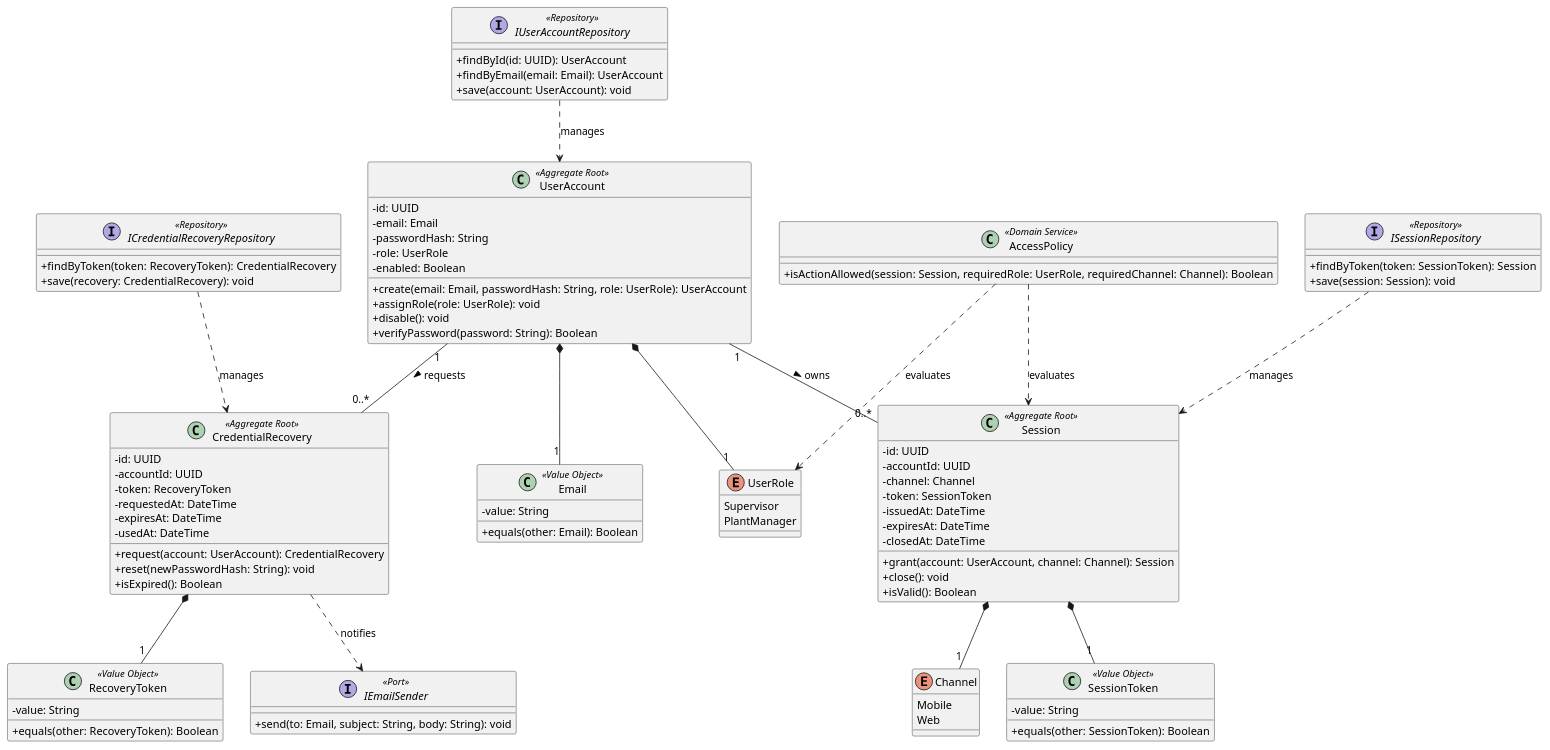
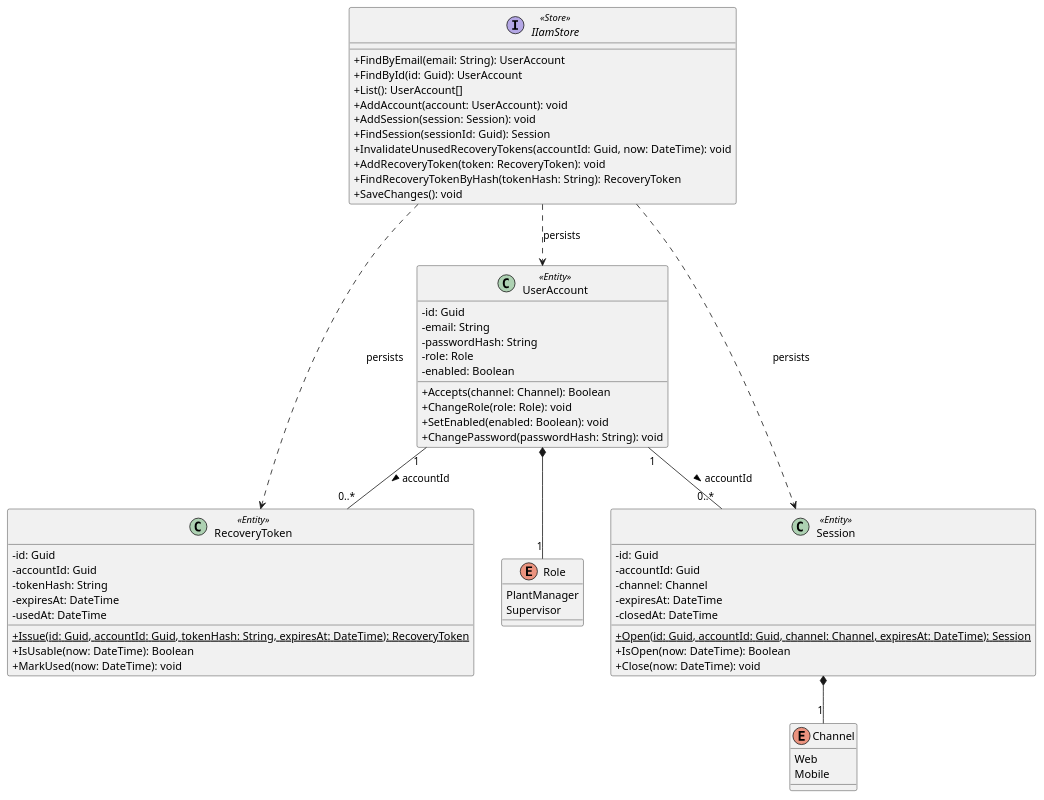
Before and after one commit to Macallys/Report: the diagram in docs/diagrams/bounded-contexts/bc-04-identity-domain.puml, drawn with PlantUML. The commit also changed 3 other files, not shown here.

Commit message:
chore: update diagrams

```diff
--- a/docs/diagrams/bounded-contexts/bc-04-identity-domain.puml
+++ b/docs/diagrams/bounded-contexts/bc-04-identity-domain.puml
@@ -1,110 +1,73 @@
 @startuml bc-04-identity-domain
-' Bounded Context Domain Layer Class Diagram — Identity & Access (§ 4.2.4.6.1)
-' Fuente: BCC-04 (.cursor/design/bounded-context-canvas/04-identity-access.md), paso 9 ES (A-01, A-02, A-03).
-' No IdP externo (DEC-005); persistencia PostgreSQL (DEC-008).
+' Domain class diagram — Identity & Access, as implemented in IAM.Domain.
+' Email is a string. The session does not store the access token. Recovery keeps a token hash.
 
 skinparam classAttributeIconSize 0
 
-enum UserRole {
+enum Role {
+  PlantManager
   Supervisor
-  PlantManager
 }
 
 enum Channel {
+  Web
   Mobile
-  Web
 }
 
-class Email <<Value Object>> {
-  -value: String
-  +equals(other: Email): Boolean
+class UserAccount <<Entity>> {
+  -id: Guid
+  -email: String
+  -passwordHash: String
+  -role: Role
+  -enabled: Boolean
+  +Accepts(channel: Channel): Boolean
+  +ChangeRole(role: Role): void
+  +SetEnabled(enabled: Boolean): void
+  +ChangePassword(passwordHash: String): void
 }
 
-class SessionToken <<Value Object>> {
-  -value: String
-  +equals(other: SessionToken): Boolean
+class Session <<Entity>> {
+  -id: Guid
+  -accountId: Guid
+  -channel: Channel
+  -expiresAt: DateTime
+  -closedAt: DateTime
+  +{static} Open(id: Guid, accountId: Guid, channel: Channel, expiresAt: DateTime): Session
+  +IsOpen(now: DateTime): Boolean
+  +Close(now: DateTime): void
 }
 
-class RecoveryToken <<Value Object>> {
-  -value: String
-  +equals(other: RecoveryToken): Boolean
+class RecoveryToken <<Entity>> {
+  -id: Guid
+  -accountId: Guid
+  -tokenHash: String
+  -expiresAt: DateTime
+  -usedAt: DateTime
+  +{static} Issue(id: Guid, accountId: Guid, tokenHash: String, expiresAt: DateTime): RecoveryToken
+  +IsUsable(now: DateTime): Boolean
+  +MarkUsed(now: DateTime): void
 }
 
-class UserAccount <<Aggregate Root>> {
-  -id: UUID
-  -email: Email
-  -passwordHash: String
-  -role: UserRole
-  -enabled: Boolean
-  +create(email: Email, passwordHash: String, role: UserRole): UserAccount
-  +assignRole(role: UserRole): void
-  +disable(): void
-  +verifyPassword(password: String): Boolean
+interface IIamStore <<Store>> {
+  +FindByEmail(email: String): UserAccount
+  +FindById(id: Guid): UserAccount
+  +List(): UserAccount[]
+  +AddAccount(account: UserAccount): void
+  +AddSession(session: Session): void
+  +FindSession(sessionId: Guid): Session
+  +InvalidateUnusedRecoveryTokens(accountId: Guid, now: DateTime): void
+  +AddRecoveryToken(token: RecoveryToken): void
+  +FindRecoveryTokenByHash(tokenHash: String): RecoveryToken
+  +SaveChanges(): void
 }
 
-class Session <<Aggregate Root>> {
-  -id: UUID
-  -accountId: UUID
-  -channel: Channel
-  -token: SessionToken
-  -issuedAt: DateTime
-  -expiresAt: DateTime
-  -closedAt: DateTime
-  +grant(account: UserAccount, channel: Channel): Session
-  +close(): void
-  +isValid(): Boolean
-}
+UserAccount "1" -- "0..*" Session : accountId >
+UserAccount "1" -- "0..*" RecoveryToken : accountId >
+UserAccount *-- "1" Role
+Session *-- "1" Channel
 
-class CredentialRecovery <<Aggregate Root>> {
-  -id: UUID
-  -accountId: UUID
-  -token: RecoveryToken
-  -requestedAt: DateTime
-  -expiresAt: DateTime
-  -usedAt: DateTime
-  +request(account: UserAccount): CredentialRecovery
-  +reset(newPasswordHash: String): void
-  +isExpired(): Boolean
-}
-
-class AccessPolicy <<Domain Service>> {
-  +isActionAllowed(session: Session, requiredRole: UserRole, requiredChannel: Channel): Boolean
-}
-
-interface IUserAccountRepository <<Repository>> {
-  +findById(id: UUID): UserAccount
-  +findByEmail(email: Email): UserAccount
-  +save(account: UserAccount): void
-}
-
-interface ISessionRepository <<Repository>> {
-  +findByToken(token: SessionToken): Session
-  +save(session: Session): void
-}
-
-interface ICredentialRecoveryRepository <<Repository>> {
-  +findByToken(token: RecoveryToken): CredentialRecovery
-  +save(recovery: CredentialRecovery): void
-}
-
-interface IEmailSender <<Port>> {
-  +send(to: Email, subject: String, body: String): void
-}
-
-UserAccount "1" -- "0..*" Session : owns >
-UserAccount "1" -- "0..*" CredentialRecovery : requests >
-UserAccount *-- "1" Email
-UserAccount *-- "1" UserRole
-Session *-- "1" Channel
-Session *-- "1" SessionToken
-CredentialRecovery *-- "1" RecoveryToken
-
-AccessPolicy ..> Session : evaluates
-AccessPolicy ..> UserRole : evaluates
-
-IUserAccountRepository ..> UserAccount : manages
-ISessionRepository ..> Session : manages
-ICredentialRecoveryRepository ..> CredentialRecovery : manages
-CredentialRecovery ..> IEmailSender : notifies
+IIamStore ..> UserAccount : persists
+IIamStore ..> Session : persists
+IIamStore ..> RecoveryToken : persists
 
 @enduml
```
